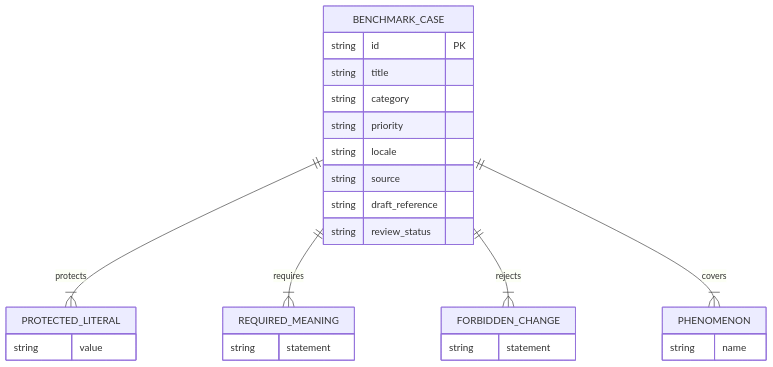
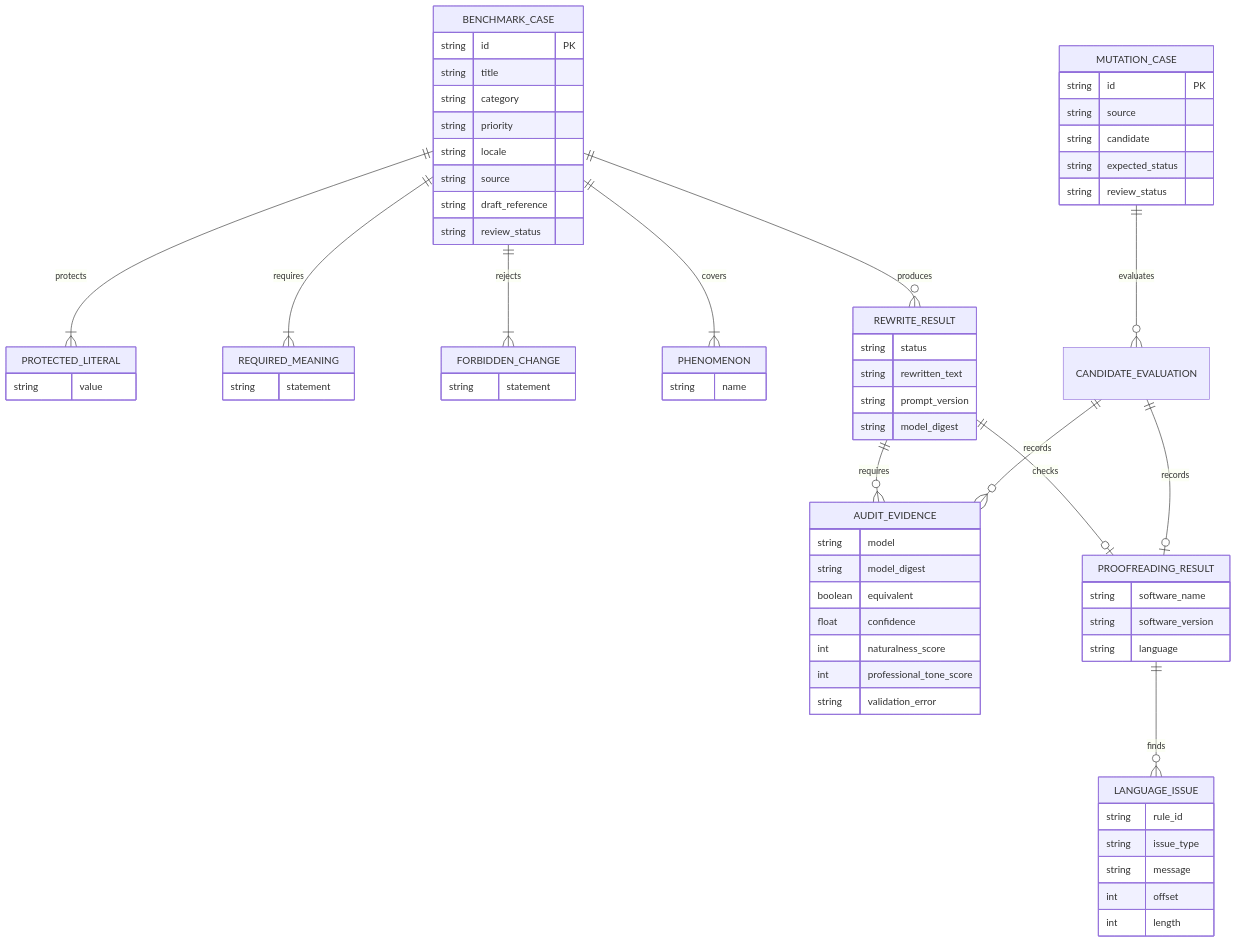
Before and after one commit to Nain9Dev/NainWrite: the diagram in docs/04-data-model.md, drawn with Mermaid. The commit also changed other lines of this file and 35 other files, not shown here.

````diff
--- a/docs/04-data-model.md
+++ b/docs/04-data-model.md
@@ -5,29 +5,70 @@
 ```mermaid
 erDiagram
     BENCHMARK_CASE {
         string id PK
         string title
         string category
         string priority
         string locale
         string source
         string draft_reference
         string review_status
     }
     BENCHMARK_CASE ||--|{ PROTECTED_LITERAL : protects
     BENCHMARK_CASE ||--|{ REQUIRED_MEANING : requires
     BENCHMARK_CASE ||--|{ FORBIDDEN_CHANGE : rejects
     BENCHMARK_CASE ||--|{ PHENOMENON : covers
     PROTECTED_LITERAL {
         string value
     }
     REQUIRED_MEANING {
         string statement
     }
     FORBIDDEN_CHANGE {
         string statement
     }
     PHENOMENON {
         string name
     }
+    BENCHMARK_CASE ||--o{ REWRITE_RESULT : produces
+    REWRITE_RESULT {
+        string status
+        string rewritten_text
+        string prompt_version
+        string model_digest
+    }
+    REWRITE_RESULT ||--o{ AUDIT_EVIDENCE : requires
+    AUDIT_EVIDENCE {
+        string model
+        string model_digest
+        boolean equivalent
+        float confidence
+        int naturalness_score
+        int professional_tone_score
+        string validation_error
+    }
+    REWRITE_RESULT ||--o| PROOFREADING_RESULT : checks
+    PROOFREADING_RESULT {
+        string software_name
+        string software_version
+        string language
+    }
+    PROOFREADING_RESULT ||--o{ LANGUAGE_ISSUE : finds
+    LANGUAGE_ISSUE {
+        string rule_id
+        string issue_type
+        string message
+        int offset
+        int length
+    }
+    MUTATION_CASE {
+        string id PK
+        string source
+        string candidate
+        string expected_status
+        string review_status
+    }
+    MUTATION_CASE ||--o{ CANDIDATE_EVALUATION : evaluates
+    CANDIDATE_EVALUATION ||--o{ AUDIT_EVIDENCE : records
+    CANDIDATE_EVALUATION ||--o| PROOFREADING_RESULT : records
 ```
````
